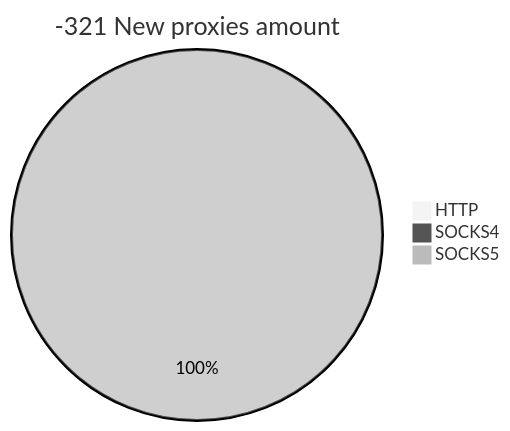
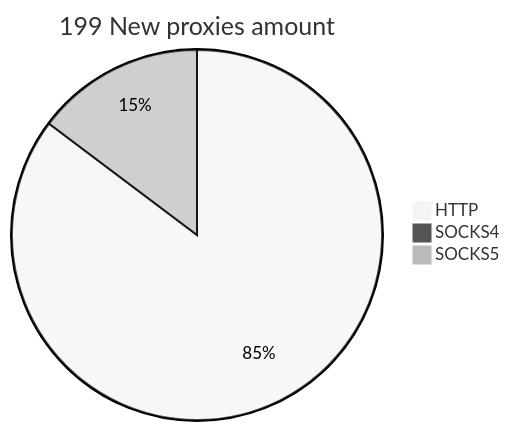
Before and after one commit to cutipu/proxylist: the second of 2 diagrams in README.md, drawn with Mermaid (neutral theme). The commit also changed other lines of this file, not shown here.

````diff
--- a/README.md
+++ b/README.md
@@ -10,6 +10,6 @@
 ```mermaid
-pie title -321 New proxies amount
-    "HTTP" : 0
+pie title 199 New proxies amount
+    "HTTP" : 191
     "SOCKS4" : 0
-    "SOCKS5" : 17
+    "SOCKS5" : 33
 ```
````
